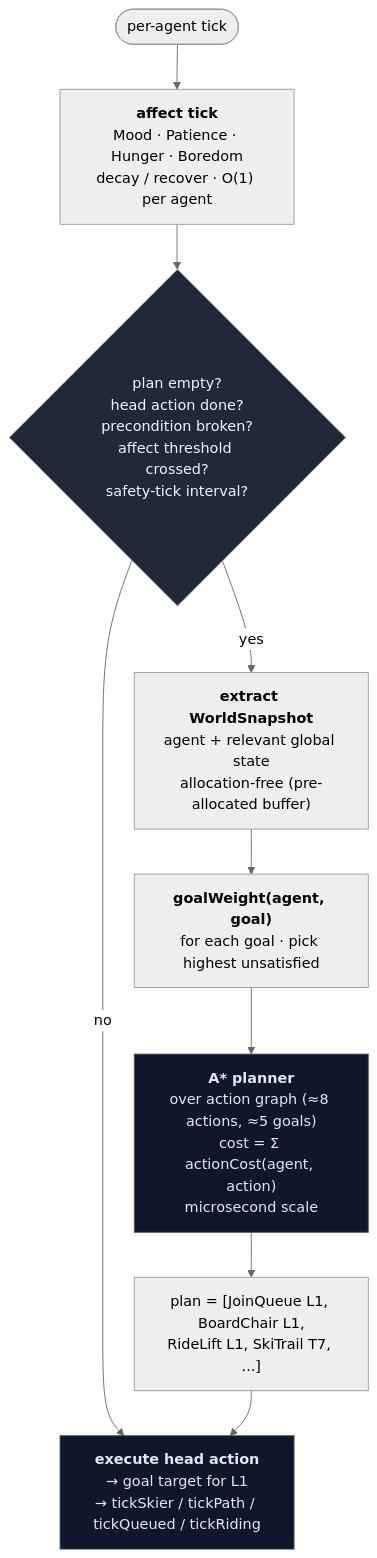
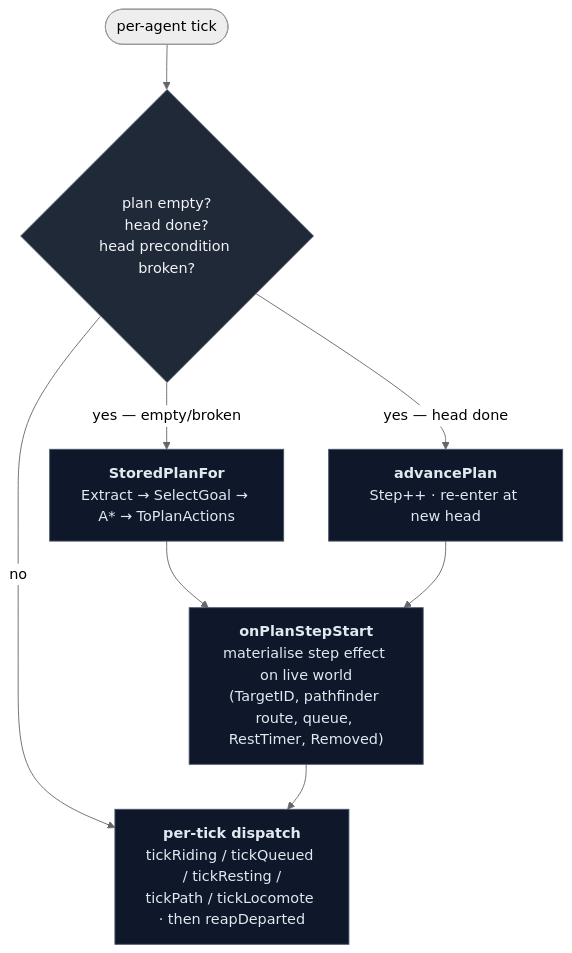
Before and after one commit to etherealmachine/mountain-mogul: the first of 2 diagrams in SKIER_AI.md, drawn with Mermaid (neutral theme). The commit also changed other lines of this file and 8 other files, not shown here.

````diff
--- a/SKIER_AI.md
+++ b/SKIER_AI.md
@@ -111,24 +164,23 @@
 ```mermaid
 flowchart TB
-  Tick([per-agent tick]) --> AffTick
-  AffTick["<b>affect tick</b><br/>Mood · Patience · Hunger · Boredom<br/>decay / recover · O(1) per agent"] --> Trig
+  Tick([per-agent tick]) --> Trig
+  Trig{plan empty?<br/>head done?<br/>head precondition broken?}
+  Trig -->|no| Exec
+  Trig -->|yes — empty/broken| Replan
+  Trig -->|yes — head done| Advance
 
-  Trig{plan empty?<br/>head action done?<br/>precondition broken?<br/>affect threshold crossed?<br/>safety-tick interval?}
-  Trig -->|no| Exec
-  Trig -->|yes| Snap
+  Replan["<b>StoredPlanFor</b><br/>Extract → SelectGoal → A* → ToPlanActions"]
+  Advance["<b>advancePlan</b><br/>Step++ · re-enter at new head"]
+  Replan --> Start
+  Advance --> Start
 
-  Snap["<b>extract WorldSnapshot</b><br/>agent + relevant global state<br/>allocation-free (pre-allocated buffer)"] --> GW
-  GW["<b>goalWeight(agent, goal)</b><br/>for each goal · pick highest unsatisfied"] --> Plan
-  Plan["<b>A* planner</b><br/>over action graph (≈8 actions, ≈5 goals)<br/>cost = Σ actionCost(agent, action)<br/>microsecond scale"]
-  Plan --> Acts
+  Start["<b>onPlanStepStart</b><br/>materialise step effect on live world<br/>(TargetID, pathfinder route, queue, RestTimer, Removed)"]
+  Start --> Exec
 
-  Acts["plan = [JoinQueue L1, BoardChair L1,<br/>RideLift L1, SkiTrail T7, ...]"]
-  Acts --> Exec
-
-  Exec["<b>execute head action</b><br/>→ goal target for L1<br/>→ tickSkier / tickPath / tickQueued / tickRiding"]
+  Exec["<b>per-tick dispatch</b><br/>tickRiding / tickQueued / tickResting /<br/>tickPath / tickLocomote · then reapDeparted"]
 
   classDef stage fill:#0f172a,stroke:#475569,color:#e2e8f0
   classDef gate fill:#1f2937,stroke:#9ca3af,color:#f3f4f6
-  class Plan,Exec stage
+  class Replan,Advance,Start,Exec stage
   class Trig gate
 ```
````
